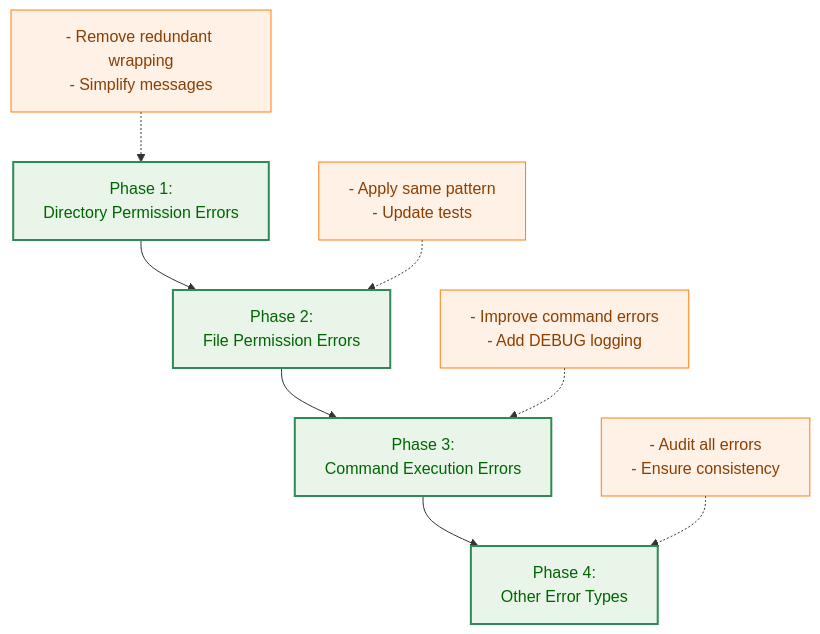
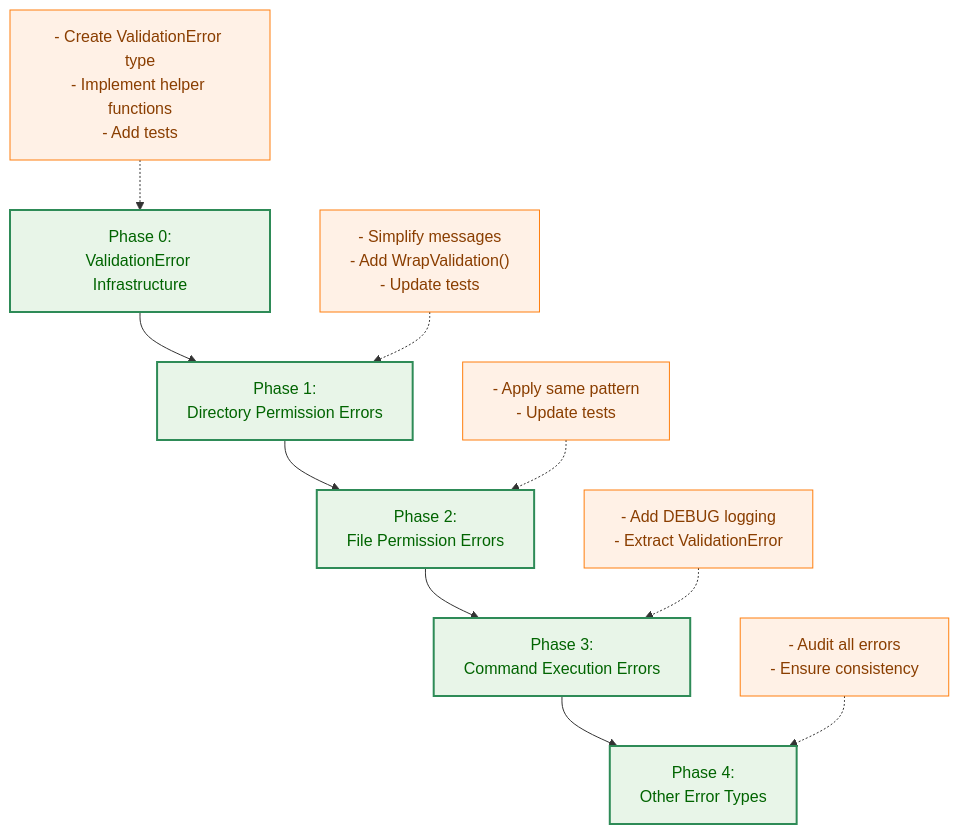
One commit to isseis/go-safe-cmd-runner changed the sixth of 7 diagrams in docs/tasks/0054_error_message_improvement/02_architecture.md. Above: the diagram before and after it, drawn with Mermaid. The commit also changed other lines of this file, not shown here.

First line of the commit message:
docs: improve architecture for error message handling

````diff
--- a/docs/tasks/0054_error_message_improvement/02_architecture.md
+++ b/docs/tasks/0054_error_message_improvement/02_architecture.md
@@ -300,18 +517,20 @@
 ```mermaid
 flowchart TD
     classDef data fill:#e6f7ff,stroke:#1f77b4,stroke-width:1px,color:#0b3d91;
     classDef process fill:#fff1e6,stroke:#ff7f0e,stroke-width:1px,color:#8a3e00;
     classDef enhanced fill:#e8f5e8,stroke:#2e8b57,stroke-width:2px,color:#006400;
 
-    A["Phase 1:<br>Directory Permission Errors"] --> B["Phase 2:<br>File Permission Errors"]
-    B --> C["Phase 3:<br>Command Execution Errors"]
-    C --> D["Phase 4:<br>Other Error Types"]
+    A["Phase 0:<br>ValidationError Infrastructure"] --> B["Phase 1:<br>Directory Permission Errors"]
+    B --> C["Phase 2:<br>File Permission Errors"]
+    C --> D["Phase 3:<br>Command Execution Errors"]
+    D --> E["Phase 4:<br>Other Error Types"]
 
-    A1["- Remove redundant wrapping<br>- Simplify messages"] -.-> A
-    B1["- Apply same pattern<br>- Update tests"] -.-> B
-    C1["- Improve command errors<br>- Add DEBUG logging"] -.-> C
-    D1["- Audit all errors<br>- Ensure consistency"] -.-> D
+    A1["- Create ValidationError type<br>- Implement helper functions<br>- Add tests"] -.-> A
+    B1["- Simplify messages<br>- Add WrapValidation()<br>- Update tests"] -.-> B
+    C1["- Apply same pattern<br>- Update tests"] -.-> C
+    D1["- Add DEBUG logging<br>- Extract ValidationError"] -.-> D
+    E1["- Audit all errors<br>- Ensure consistency"] -.-> E
 
-    class A,B,C,D enhanced;
-    class A1,B1,C1,D1 process;
+    class A,B,C,D,E enhanced;
+    class A1,B1,C1,D1,E1 process;
 ```
````
